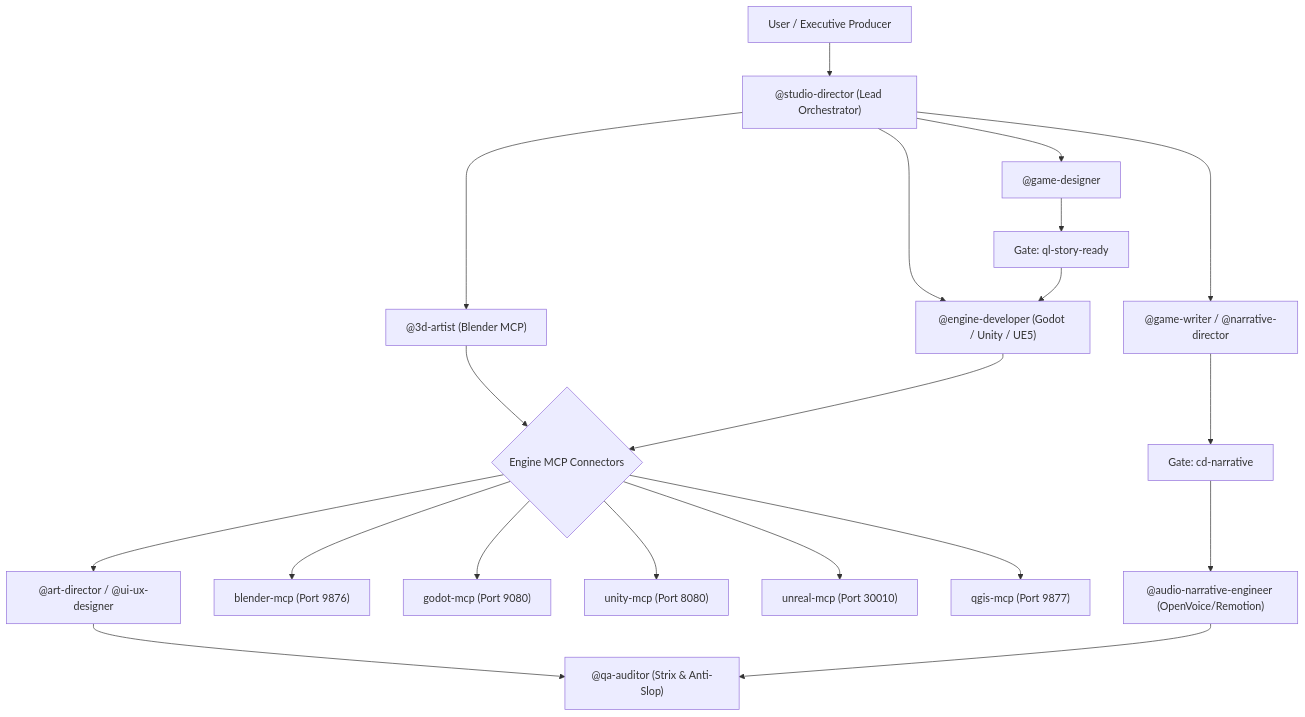
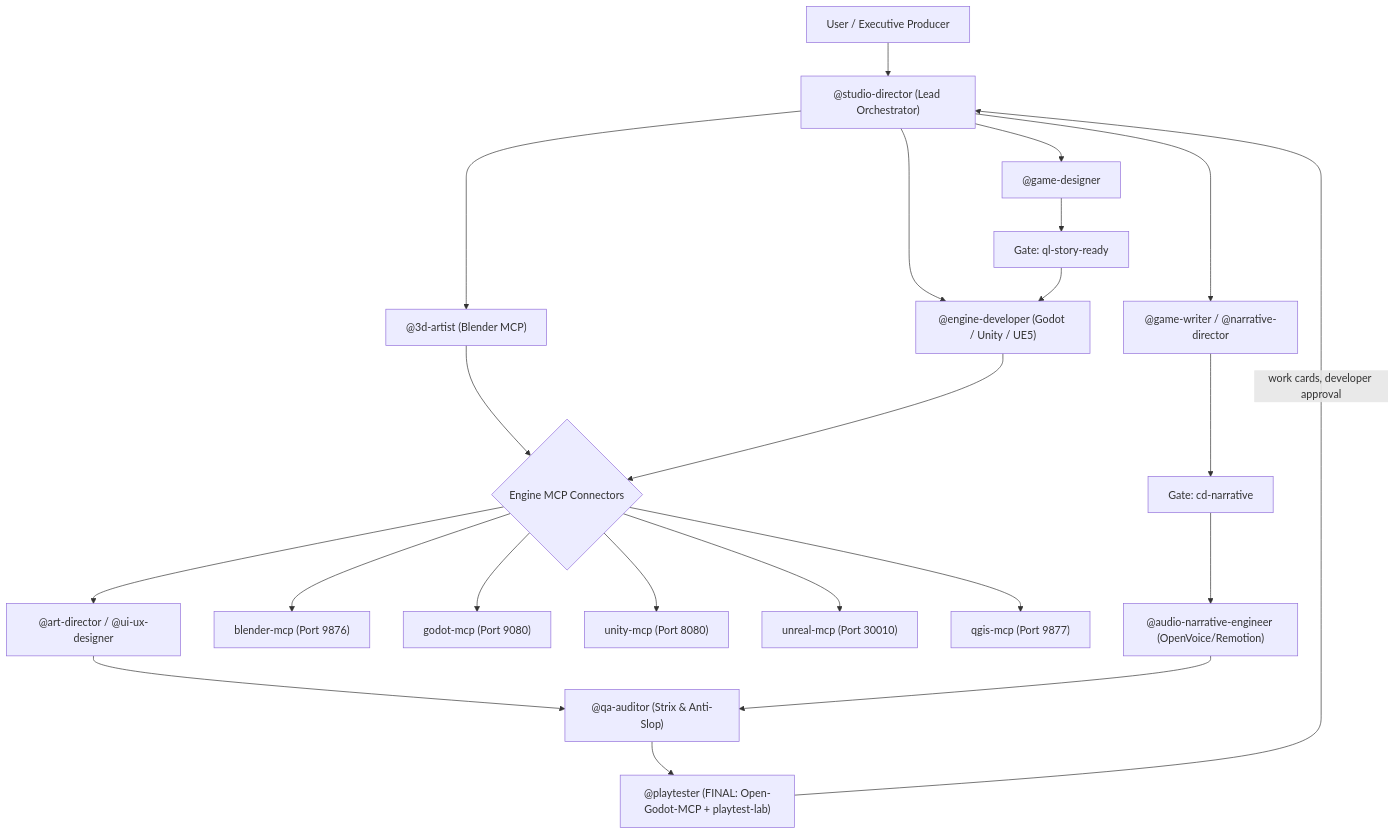
The diagram in AGENTS.md (kursatsndgn/master-game-studio-skills), drawn with Mermaid before and after one commit. The commit also changed other lines of this file and 3 other files, not shown here.

First line of the commit message:
feat: add @playtester as the final pipeline step

````diff
--- a/AGENTS.md
+++ b/AGENTS.md
@@ -10,27 +10,29 @@
 ```mermaid
 graph TD
     User["User / Executive Producer"] --> Director["@studio-director (Lead Orchestrator)"]
     
     Director --> Narrative["@game-writer / @narrative-director"]
     Director --> Designer["@game-designer"]
     Director --> Artist3D["@3d-artist (Blender MCP)"]
     Director --> Engine["@engine-developer (Godot / Unity / UE5)"]
     
     Narrative --> Gate1["Gate: cd-narrative"]
     Gate1 --> Audio["@audio-narrative-engineer (OpenVoice/Remotion)"]
     
     Designer --> Gate2["Gate: ql-story-ready"]
     Gate2 --> Engine
     Artist3D --> MCP_Router{"Engine MCP Connectors"}
     Engine --> MCP_Router
     
     MCP_Router --> MCP_Blender["blender-mcp (Port 9876)"]
     MCP_Router --> MCP_Godot["godot-mcp (Port 9080)"]
     MCP_Router --> MCP_Unity["unity-mcp (Port 8080)"]
     MCP_Router --> MCP_Unreal["unreal-mcp (Port 30010)"]
     MCP_Router --> MCP_QGIS["qgis-mcp (Port 9877)"]
     
     MCP_Router --> UI["@art-director / @ui-ux-designer"]
     UI --> QA["@qa-auditor (Strix & Anti-Slop)"]
     Audio --> QA
+    QA --> Playtester["@playtester (FINAL: Open-Godot-MCP + playtest-lab)"]
+    Playtester -->|"work cards, developer approval"| Director
 ```
````
